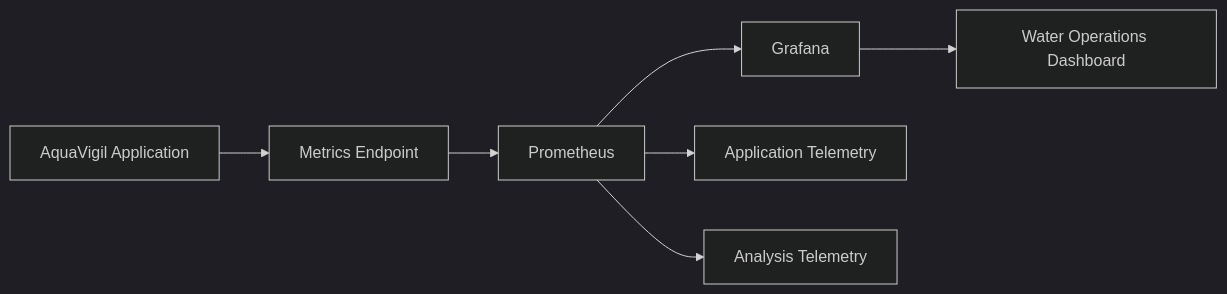
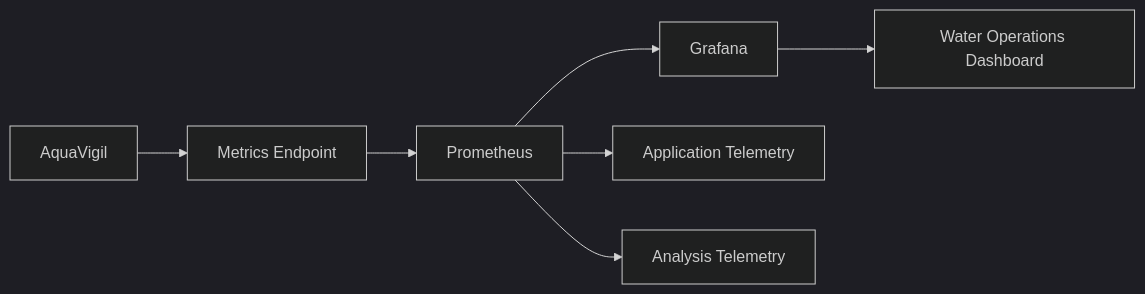
The eighth of 8 diagrams in README.md (HaziqBinAfzal/AquaVigil), drawn with Mermaid (dark theme) before and after one commit. The commit also changed other lines of this file, not shown here.

````diff
--- a/README.md
+++ b/README.md
@@ -486,19 +613,10 @@
 ```mermaid
 flowchart LR
-    APP["AquaVigil Application"]
-    METRICS["Metrics Endpoint"]
-    PROM["Prometheus"]
-    GRAFANA["Grafana"]
-    DASH["Water Operations Dashboard"]
-    APPMET["Application Telemetry"]
-    ANALYSISMET["Analysis Telemetry"]
+    A["AquaVigil"] --> B["Metrics Endpoint"]
+    B --> C["Prometheus"]
+    C --> D["Grafana"]
+    D --> E["Water Operations Dashboard"]
 
-    APP --> METRICS
-    METRICS --> PROM
-
-    PROM --> GRAFANA
-    GRAFANA --> DASH
-
-    PROM --> APPMET
-    PROM --> ANALYSISMET
+    C --> F["Application Telemetry"]
+    C --> G["Analysis Telemetry"]
 ```
````
